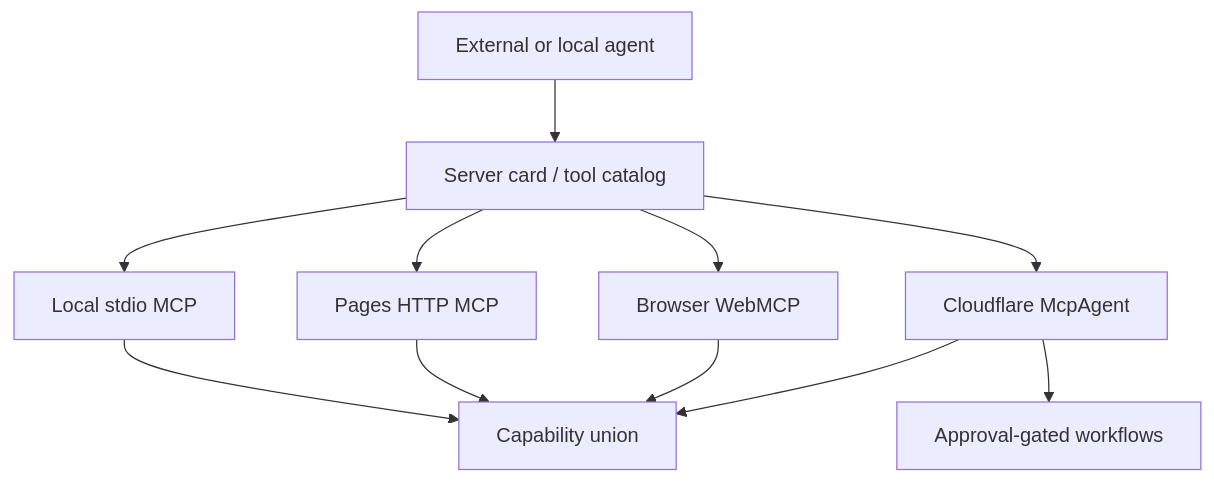
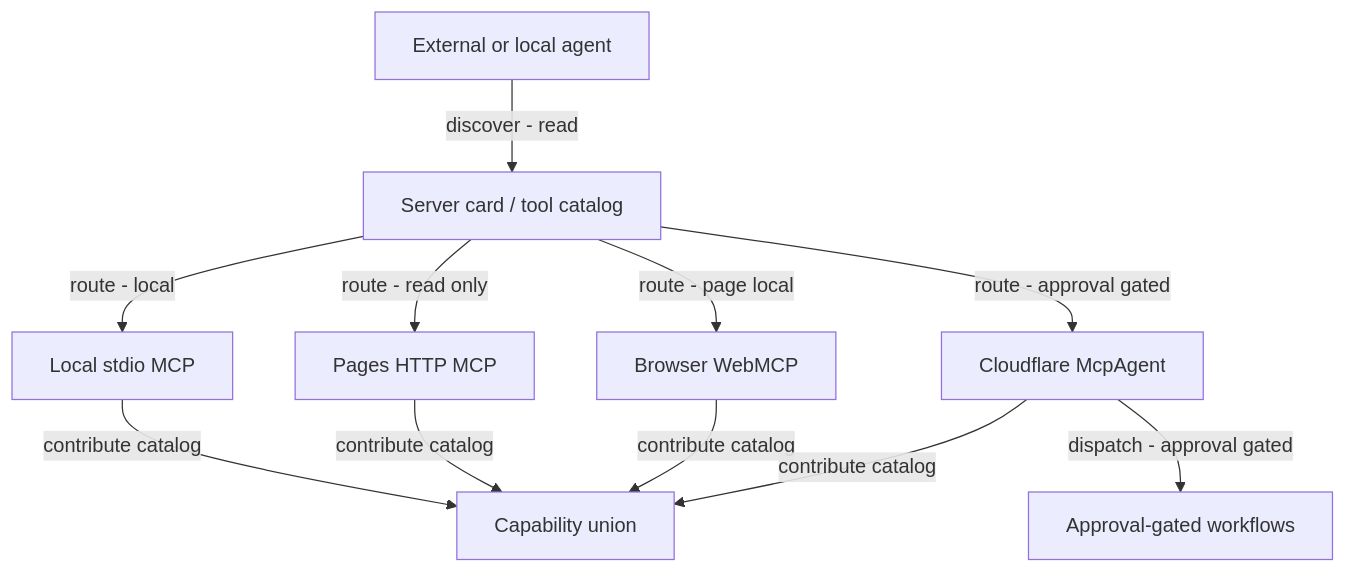
The diagram in docs/MCP-GATEWAY.md (huijoohwee/agentic-canvas-os), drawn with Mermaid before and after one commit. The commit also changed 5 other files, not shown here.

Commit message:
Adopt preserved canvas diagram documentation

````diff
--- a/docs/MCP-GATEWAY.md
+++ b/docs/MCP-GATEWAY.md
@@ -417,22 +417,22 @@
 ```mermaid
 flowchart TB
   agent["External or local agent"]
   card["Server card / tool catalog"]
   local["Local stdio MCP"]
   pages["Pages HTTP MCP"]
   browser["Browser WebMCP"]
   control["Cloudflare McpAgent"]
   union["Capability union"]
   gated["Approval-gated workflows"]
 
-  agent --> card
-  card --> local
-  card --> pages
-  card --> browser
-  card --> control
-  local --> union
-  pages --> union
-  browser --> union
-  control --> union
-  control --> gated
+  agent -->|"discover - read"| card
+  card -->|"route - local"| local
+  card -->|"route - read only"| pages
+  card -->|"route - page local"| browser
+  card -->|"route - approval gated"| control
+  local -->|"contribute catalog"| union
+  pages -->|"contribute catalog"| union
+  browser -->|"contribute catalog"| union
+  control -->|"contribute catalog"| union
+  control -->|"dispatch - approval gated"| gated
 ```
````
